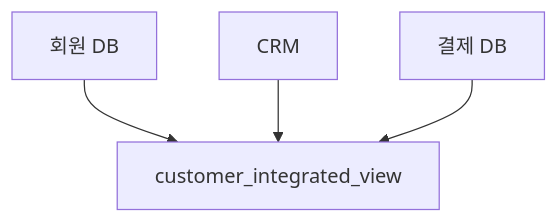
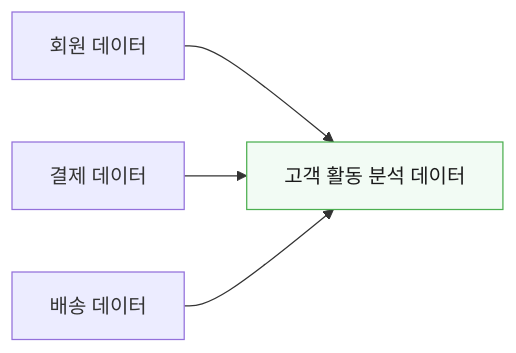
Diagram 16 of 23 in 모던 데이터 아키텍처/18장. 마스터 데이터 관리.md (i31pc17/bitbook), drawn with Mermaid before and after one commit. The commit also changed other lines of this file, not shown here.

````diff
--- a/모던 데이터 아키텍처/18장. 마스터 데이터 관리.md
+++ b/모던 데이터 아키텍처/18장. 마스터 데이터 관리.md
@@ -1279,10 +1129,8 @@
 ```mermaid
-flowchart TD
-    n0["회원 DB"]
-    n2["CRM"]
-    n4["결제 DB"]
-    n5["customer_integrated_view"]
-    n0 --> n5
-    n2 --> n5
-    n4 --> n5
+flowchart LR
+    A["회원 데이터"] --> R["고객 활동 분석 데이터"]
+    B["결제 데이터"] --> R
+    C2["배송 데이터"] --> R
+
+    style R fill:#f2fbf4,stroke:#4caf50,color:#1a1a1a
 ```
````
